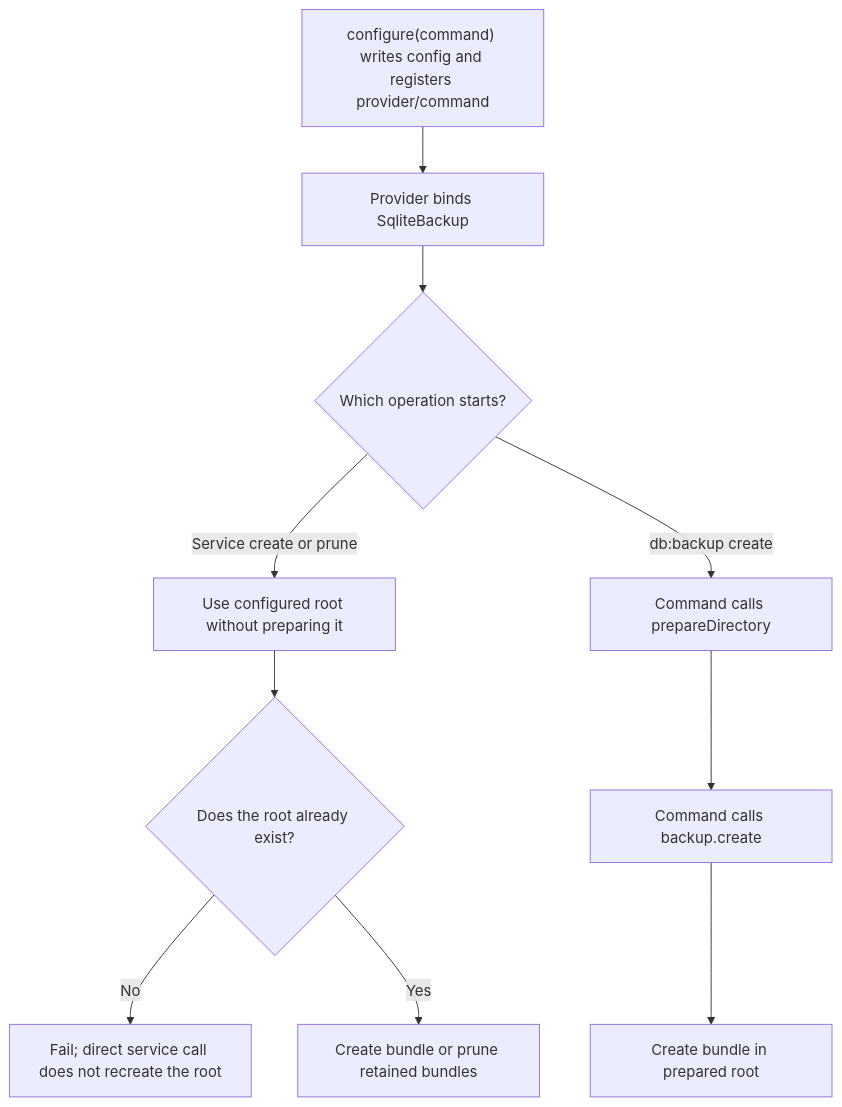
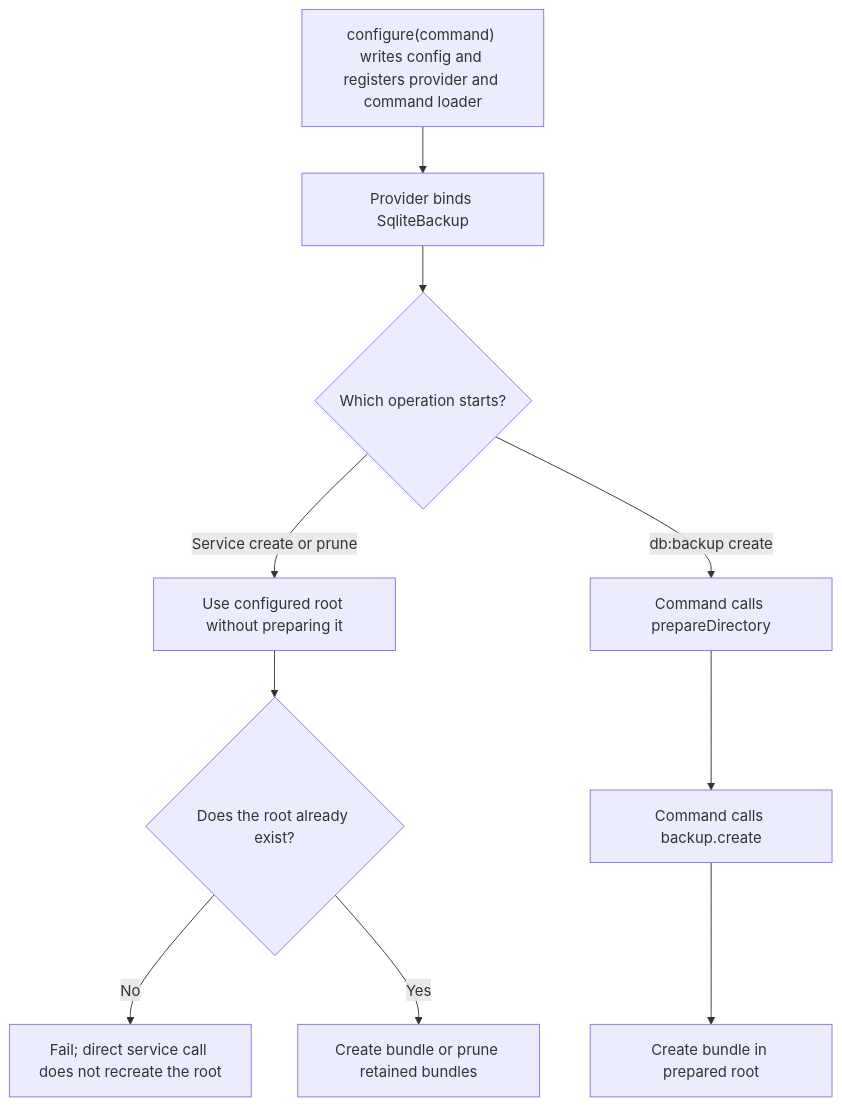
The second of 2 diagrams in user-stories/setup/us-setup-01-configure-backups.md (Kevinjohn/oss-adonisjs-sqlite-backup), drawn with Mermaid before and after one commit. The commit also changed other lines of this file and 9 other files, not shown here.

````diff
--- a/user-stories/setup/us-setup-01-configure-backups.md
+++ b/user-stories/setup/us-setup-01-configure-backups.md
@@ -43,12 +43,12 @@
 ```mermaid
 flowchart TD
-    A["configure(command) writes config and registers provider/command"] --> B["Provider binds SqliteBackup"]
+    A["configure(command) writes config and registers provider and command loader"] --> B["Provider binds SqliteBackup"]
     B --> C{"Which operation starts?"}
     C -->|Service create or prune| D["Use configured root without preparing it"]
     D --> E{"Does the root already exist?"}
     E -->|No| F["Fail; direct service call does not recreate the root"]
     E -->|Yes| G["Create bundle or prune retained bundles"]
     C -->|db:backup create| H["Command calls prepareDirectory"]
     H --> I["Command calls backup.create"]
     I --> J["Create bundle in prepared root"]
 ```
````
